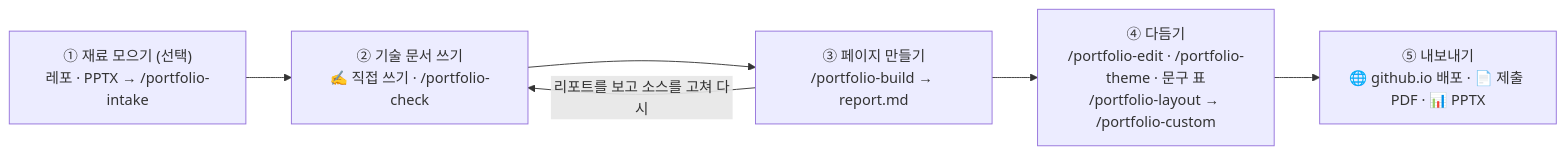
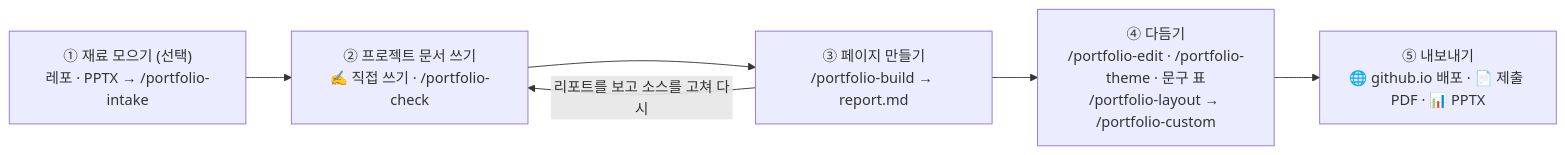
The diagram in README.md (Gryphon34/portfolio-template), drawn with Mermaid before and after one commit. The commit also changed other lines of this file and 37 other files, not shown here.

````diff
--- a/README.md
+++ b/README.md
@@ -11,8 +11,8 @@
 ```mermaid
 flowchart LR
-    A["① 재료 모으기 (선택)<br/>레포 · PPTX → /portfolio-intake"] --> B["② 기술 문서 쓰기<br/>✍ 직접 쓰기 · /portfolio-check"]
+    A["① 재료 모으기 (선택)<br/>레포 · PPTX → /portfolio-intake"] --> B["② 프로젝트 문서 쓰기<br/>✍ 직접 쓰기 · /portfolio-check"]
     B --> C["③ 페이지 만들기<br/>/portfolio-build → report.md"]
     C -->|"리포트를 보고 소스를 고쳐 다시"| B
     C --> D["④ 다듬기<br/>/portfolio-edit · /portfolio-theme · 문구 표<br/>/portfolio-layout → /portfolio-custom"]
     D --> E["⑤ 내보내기<br/>🌐 github.io 배포 · 📄 제출 PDF · 📊 PPTX"]
 ```
````
